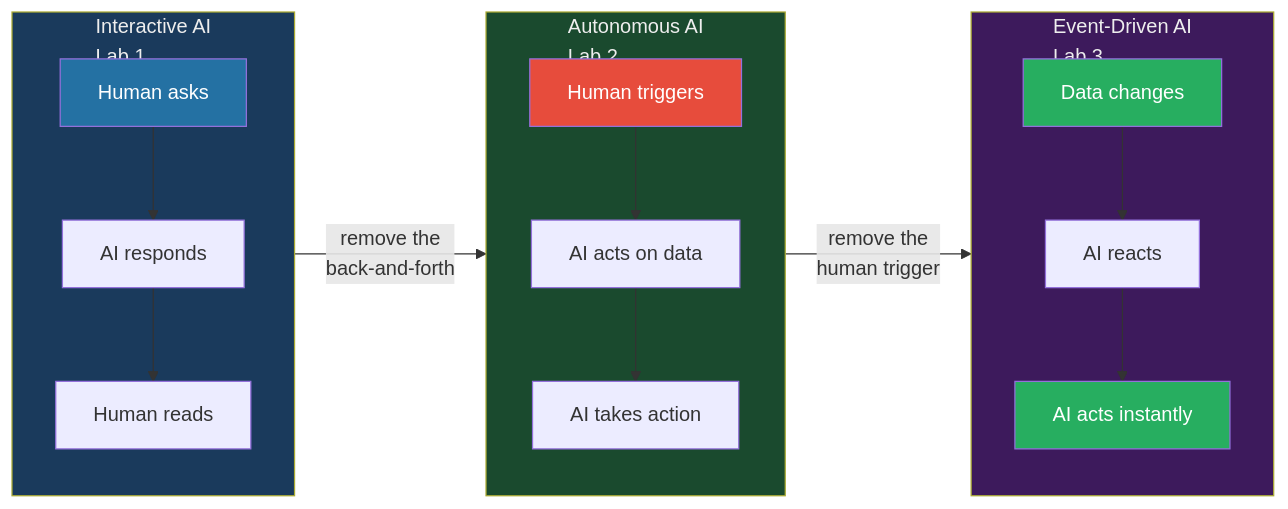
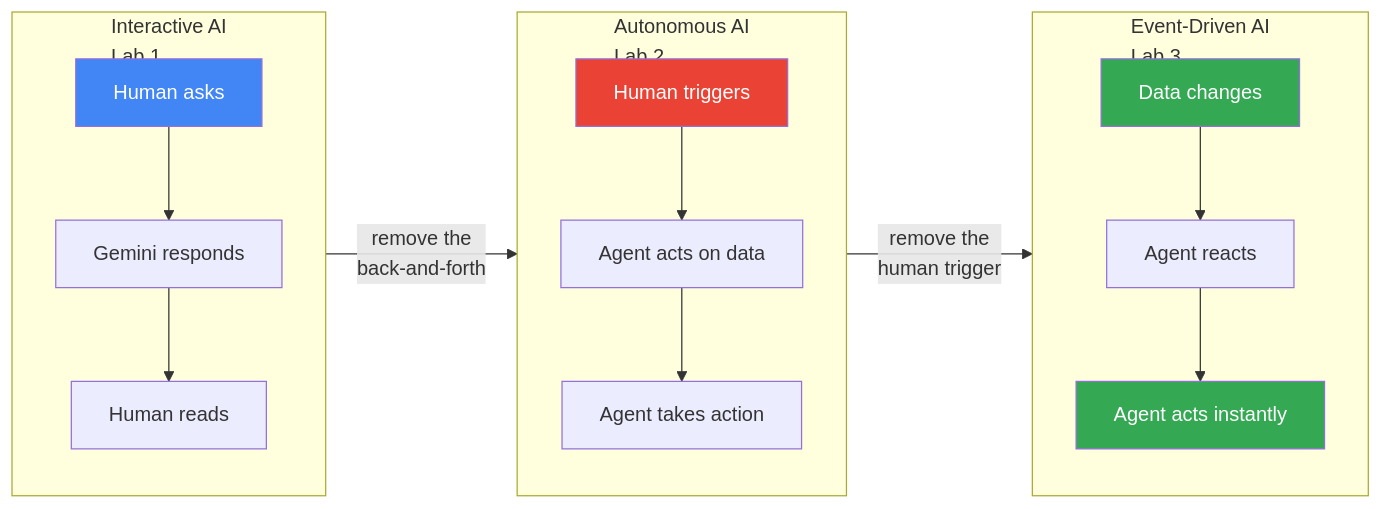
One commit to dambor/workshop-platform changed diagram 11 of 11 in public/workshops/workshop-retail.md. Above: the diagram before and after it, drawn with Mermaid. The commit also changed other lines of this file and 150 other files, not shown here.

````diff
--- a/public/workshops/workshop-retail.md
+++ b/public/workshops/workshop-retail.md
@@ -871,31 +991,28 @@
 ```mermaid
 graph LR
     subgraph P1["Interactive AI\nLab 1"]
         direction TB
-        I1[Human asks] --> I2[AI responds]
+        I1[Human asks] --> I2[Gemini responds]
         I2 --> I3[Human reads]
     end
 
     subgraph P2["Autonomous AI\nLab 2"]
         direction TB
-        J1[Human triggers] --> J2[AI acts on data]
-        J2 --> J3[AI takes action]
+        J1[Human triggers] --> J2[Agent acts on data]
+        J2 --> J3[Agent takes action]
     end
 
     subgraph P3["Event-Driven AI\nLab 3"]
         direction TB
-        K1[Data changes] --> K2[AI reacts]
-        K2 --> K3[AI acts instantly]
+        K1[Data changes] --> K2[Agent reacts]
+        K2 --> K3[Agent acts instantly]
     end
 
     P1 -->|remove the\nback-and-forth| P2
     P2 -->|remove the\nhuman trigger| P3
 
-    style P1 fill:#1a3a5c,color:#eee
-    style P2 fill:#1a4a2e,color:#eee
-    style P3 fill:#3d1a5c,color:#eee
-    style I1 fill:#2471a3,color:#fff
-    style J1 fill:#e74c3c,color:#fff
-    style K1 fill:#27ae60,color:#fff
-    style K3 fill:#27ae60,color:#fff
+    style I1 fill:#4285F4,color:#fff
+    style J1 fill:#EA4335,color:#fff
+    style K1 fill:#34A853,color:#fff
+    style K3 fill:#34A853,color:#fff
 ```
````
